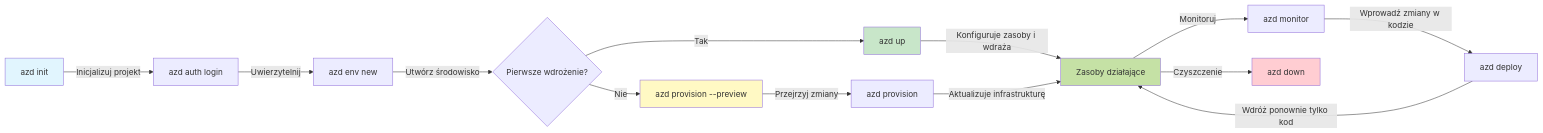
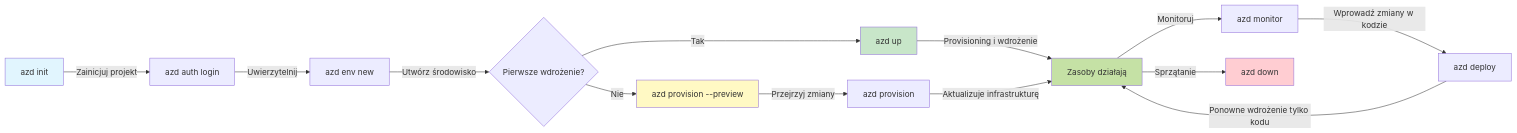
The first of 2 diagrams in translations/pl/docs/chapter-01-foundation/azd-basics.md (microsoft/AZD-for-beginners), drawn with Mermaid before and after one commit. The commit also changed other lines of this file and 101 other files, not shown here.

````diff
--- a/translations/pl/docs/chapter-01-foundation/azd-basics.md
+++ b/translations/pl/docs/chapter-01-foundation/azd-basics.md
@@ -254,21 +269,21 @@
 ```mermaid
 graph LR
-    A[azd init] -->|Inicjalizuj projekt| B[azd auth login]
+    A[azd init] -->|Zainicjuj projekt| B[azd auth login]
     B -->|Uwierzytelnij| C[azd env new]
     C -->|Utwórz środowisko| D{Pierwsze wdrożenie?}
     D -->|Tak| E[azd up]
     D -->|Nie| F[azd provision --preview]
     F -->|Przejrzyj zmiany| G[azd provision]
-    E -->|Konfiguruje zasoby i wdraża| H[Zasoby działające]
+    E -->|Provisioning i wdrożenie| H[Zasoby działają]
     G -->|Aktualizuje infrastrukturę| H
     H -->|Monitoruj| I[azd monitor]
     I -->|Wprowadź zmiany w kodzie| J[azd deploy]
-    J -->|Wdróż ponownie tylko kod| H
-    H -->|Czyszczenie| K[azd down]
+    J -->|Ponowne wdrożenie tylko kodu| H
+    H -->|Sprzątanie| K[azd down]
     
     style A fill:#e1f5fe
     style E fill:#c8e6c9
     style F fill:#fff9c4
     style H fill:#c5e1a5
     style K fill:#ffcdd2
 ```
````
